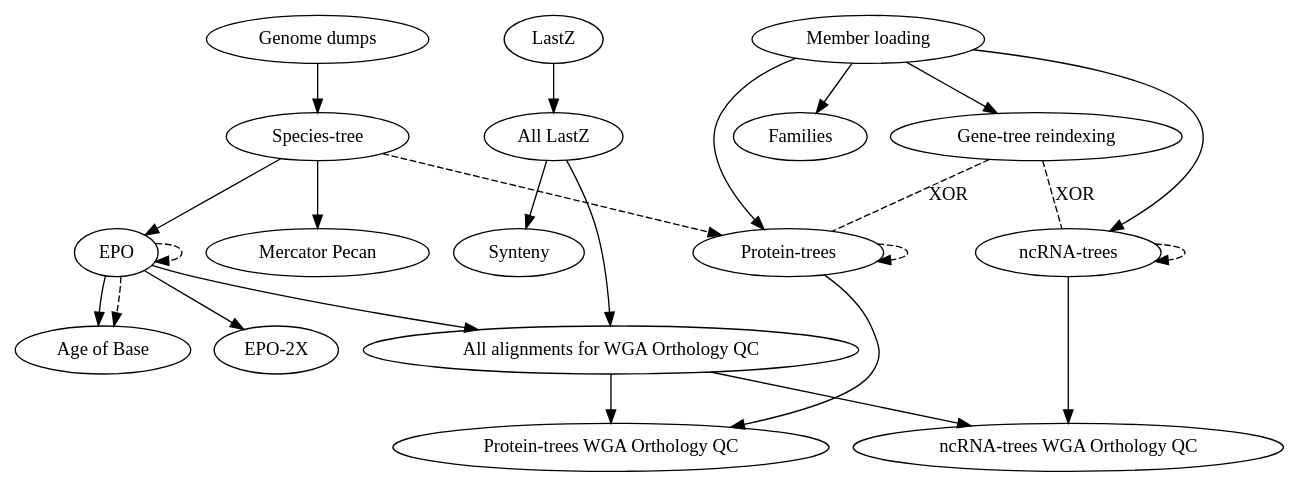
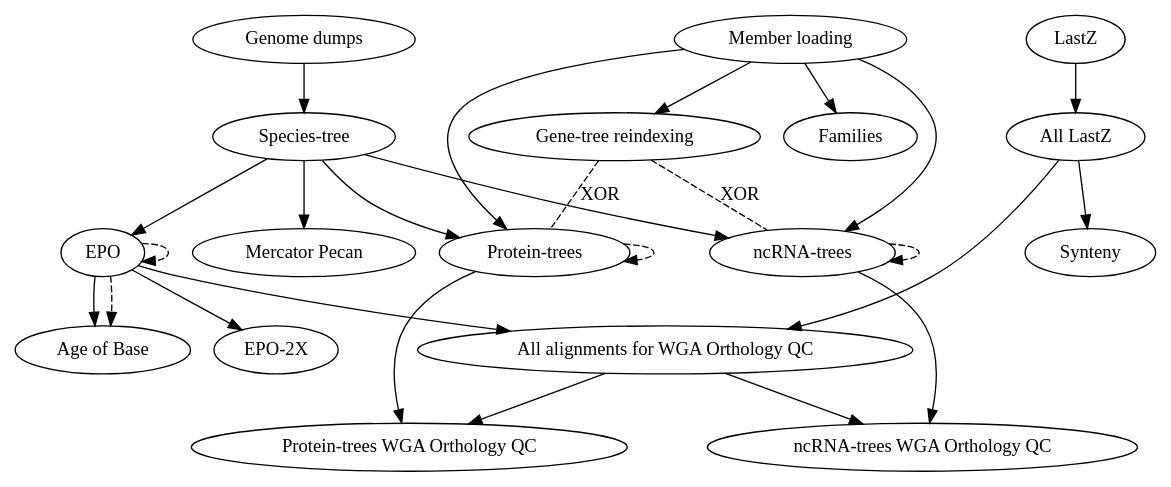
One commit to Ensembl/ensembl-compara changed the diagram in scripts/jira_tickets/compara_merged.dot. Above: the diagram before and after it, drawn with Graphviz.

Commit message:
bugfix: all the gene-tree pipelines need the species-tree

```diff
--- a/scripts/jira_tickets/compara_merged.dot
+++ b/scripts/jira_tickets/compara_merged.dot
@@ -1,22 +1,21 @@
 digraph {
     "Genome dumps" -> "Species-tree";
-    "Species-tree" -> { "EPO", "Mercator Pecan" };
+    "Species-tree" -> { "EPO", "Mercator Pecan", "Protein-trees", "ncRNA-trees" };
     "EPO" -> "EPO-2X";
     "EPO" -> "Age of Base";
     "Member loading" -> { "Protein-trees", "ncRNA-trees", "Families", "Gene-tree reindexing" };
     "Protein-trees" -> "Protein-trees WGA Orthology QC";
     "ncRNA-trees" -> "ncRNA-trees WGA Orthology QC";
     {"All LastZ", "EPO"} -> "All alignments for WGA Orthology QC" -> {"Protein-trees WGA Orthology QC", "ncRNA-trees WGA Orthology QC"};
     "LastZ" -> "All LastZ" -> "Synteny";
 
     "Gene-tree reindexing" -> "ncRNA-trees" [style="dashed", dir=none, label="XOR", headport="murinae:w", tailport="murinae:s"];
     "Gene-tree reindexing" -> "Protein-trees" [style="dashed", dir=none, label="XOR", headport="murinae:e", tailport="murinae:s"];
     "EPO" -> "EPO" [style="dashed", headport="Primates:e", tailport="Mammals:e"];
     "EPO" -> "Age of Base" [style="dashed", headport="Vertebrates:w", tailport="Mammals:w"];
-    "Species-tree" -> "Protein-trees" [style="dashed", headport="Plants:w", tailport="Plants"];
     "Protein-trees" -> "Protein-trees" [style="dashed", headport="Murinae:w", tailport="Default vertebrates:w"];
     "ncRNA-trees" -> "ncRNA-trees" [style="dashed", headport="Murinae:e", tailport="Default vertebrates:e"];
 
     // Helps laying out the graph
     {rank = same; "Genome dumps"; "LastZ"; "Member loading"; }
 }
```
